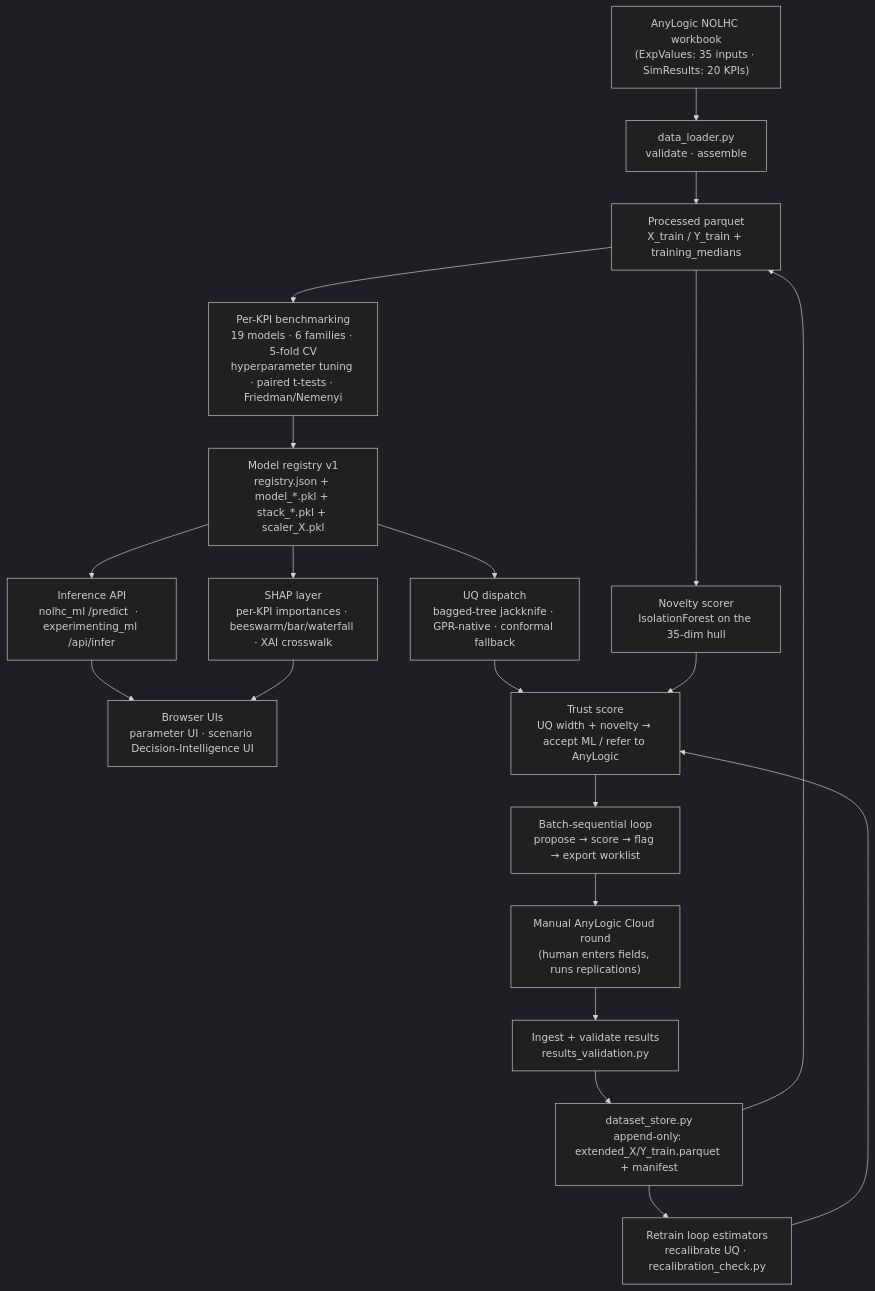
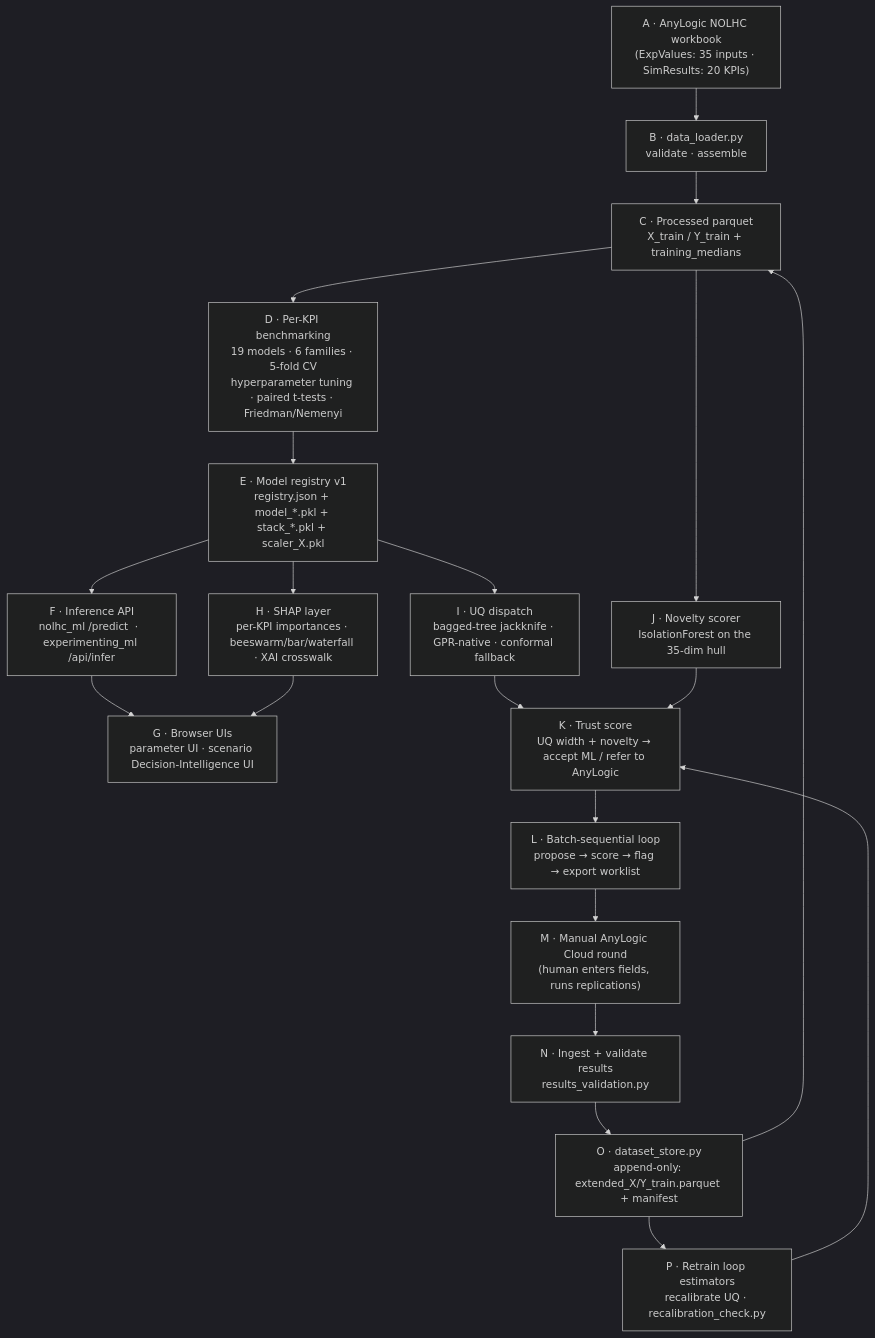
One commit to nilashree28-wq/NOLHC-ML-Engine changed the second of 3 diagrams in docs/NOLHC_ML_Engine_Technical_Report.md. Above: the diagram before and after it, drawn with Mermaid (dark theme). The commit also changed other lines of this file and 1 other file, not shown here.

Commit message:
docs: address mentor review round 2 — 179-row count in §6.1, PROVEN_6 'estimator type' vs 'family', integer-rounding cost in §3.2, Fig 2 letter labels, brexit_ml optional consistency, single mean-R2 figure, name primary UI + owner + date, Appendix D report formats

````diff
--- a/docs/NOLHC_ML_Engine_Technical_Report.md
+++ b/docs/NOLHC_ML_Engine_Technical_Report.md
@@ -130,22 +132,22 @@
 ```mermaid
 flowchart TD
-    A["AnyLogic NOLHC workbook<br/>(ExpValues: 35 inputs · SimResults: 20 KPIs)"] --> B["data_loader.py<br/>validate · assemble"]
-    B --> C["Processed parquet<br/>X_train / Y_train + training_medians"]
-    C --> D["Per-KPI benchmarking<br/>19 models · 6 families · 5-fold CV<br/>hyperparameter tuning · paired t-tests · Friedman/Nemenyi"]
-    D --> E["Model registry v1<br/>registry.json + model_*.pkl + stack_*.pkl + scaler_X.pkl"]
-    E --> F["Inference API<br/>nolhc_ml /predict  ·  experimenting_ml /api/infer"]
-    F --> G["Browser UIs<br/>parameter UI · scenario Decision-Intelligence UI"]
-    E --> H["SHAP layer<br/>per-KPI importances · beeswarm/bar/waterfall · XAI crosswalk"]
+    A["A · AnyLogic NOLHC workbook<br/>(ExpValues: 35 inputs · SimResults: 20 KPIs)"] --> B["B · data_loader.py<br/>validate · assemble"]
+    B --> C["C · Processed parquet<br/>X_train / Y_train + training_medians"]
+    C --> D["D · Per-KPI benchmarking<br/>19 models · 6 families · 5-fold CV<br/>hyperparameter tuning · paired t-tests · Friedman/Nemenyi"]
+    D --> E["E · Model registry v1<br/>registry.json + model_*.pkl + stack_*.pkl + scaler_X.pkl"]
+    E --> F["F · Inference API<br/>nolhc_ml /predict  ·  experimenting_ml /api/infer"]
+    F --> G["G · Browser UIs<br/>parameter UI · scenario Decision-Intelligence UI"]
+    E --> H["H · SHAP layer<br/>per-KPI importances · beeswarm/bar/waterfall · XAI crosswalk"]
     H --> G
-    E --> I["UQ dispatch<br/>bagged-tree jackknife · GPR-native · conformal fallback"]
-    C --> J["Novelty scorer<br/>IsolationForest on the 35-dim hull"]
-    I --> K["Trust score<br/>UQ width + novelty → accept ML / refer to AnyLogic"]
+    E --> I["I · UQ dispatch<br/>bagged-tree jackknife · GPR-native · conformal fallback"]
+    C --> J["J · Novelty scorer<br/>IsolationForest on the 35-dim hull"]
+    I --> K["K · Trust score<br/>UQ width + novelty → accept ML / refer to AnyLogic"]
     J --> K
-    K --> L["Batch-sequential loop<br/>propose → score → flag → export worklist"]
-    L --> M["Manual AnyLogic Cloud round<br/>(human enters fields, runs replications)"]
-    M --> N["Ingest + validate results<br/>results_validation.py"]
-    N --> O["dataset_store.py<br/>append-only: extended_X/Y_train.parquet + manifest"]
+    K --> L["L · Batch-sequential loop<br/>propose → score → flag → export worklist"]
+    L --> M["M · Manual AnyLogic Cloud round<br/>(human enters fields, runs replications)"]
+    M --> N["N · Ingest + validate results<br/>results_validation.py"]
+    N --> O["O · dataset_store.py<br/>append-only: extended_X/Y_train.parquet + manifest"]
     O --> C
-    O --> P["Retrain loop estimators<br/>recalibrate UQ · recalibration_check.py"]
+    O --> P["P · Retrain loop estimators<br/>recalibrate UQ · recalibration_check.py"]
     P --> K
 ```
````
